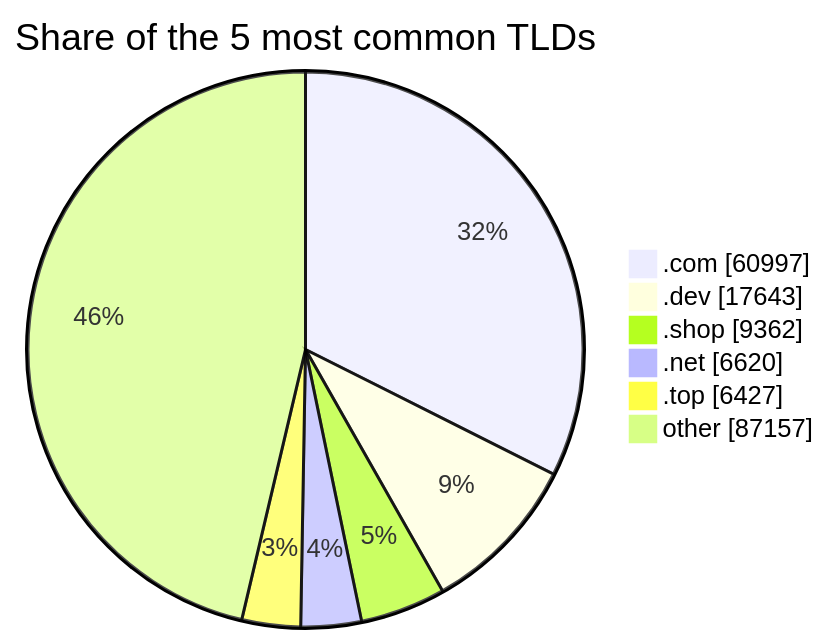
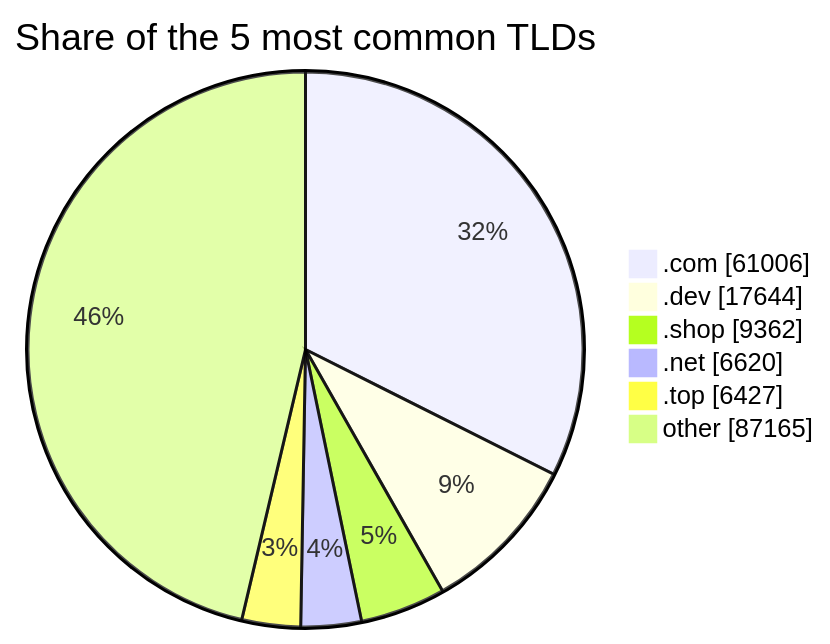
Before and after one commit to DNSBunker/CTI: the third of 3 diagrams in README.md, drawn with Mermaid. The commit also changed other lines of this file and 3 other files, not shown here.

````diff
--- a/README.md
+++ b/README.md
@@ -81,9 +81,9 @@
 ```mermaid
 pie showData title Share of the 5 most common TLDs
-    ".com" : 60997
-    ".dev" : 17643
+    ".com" : 61006
+    ".dev" : 17644
     ".shop" : 9362
     ".net" : 6620
     ".top" : 6427
-    "other" : 87157
+    "other" : 87165
 ```
````
